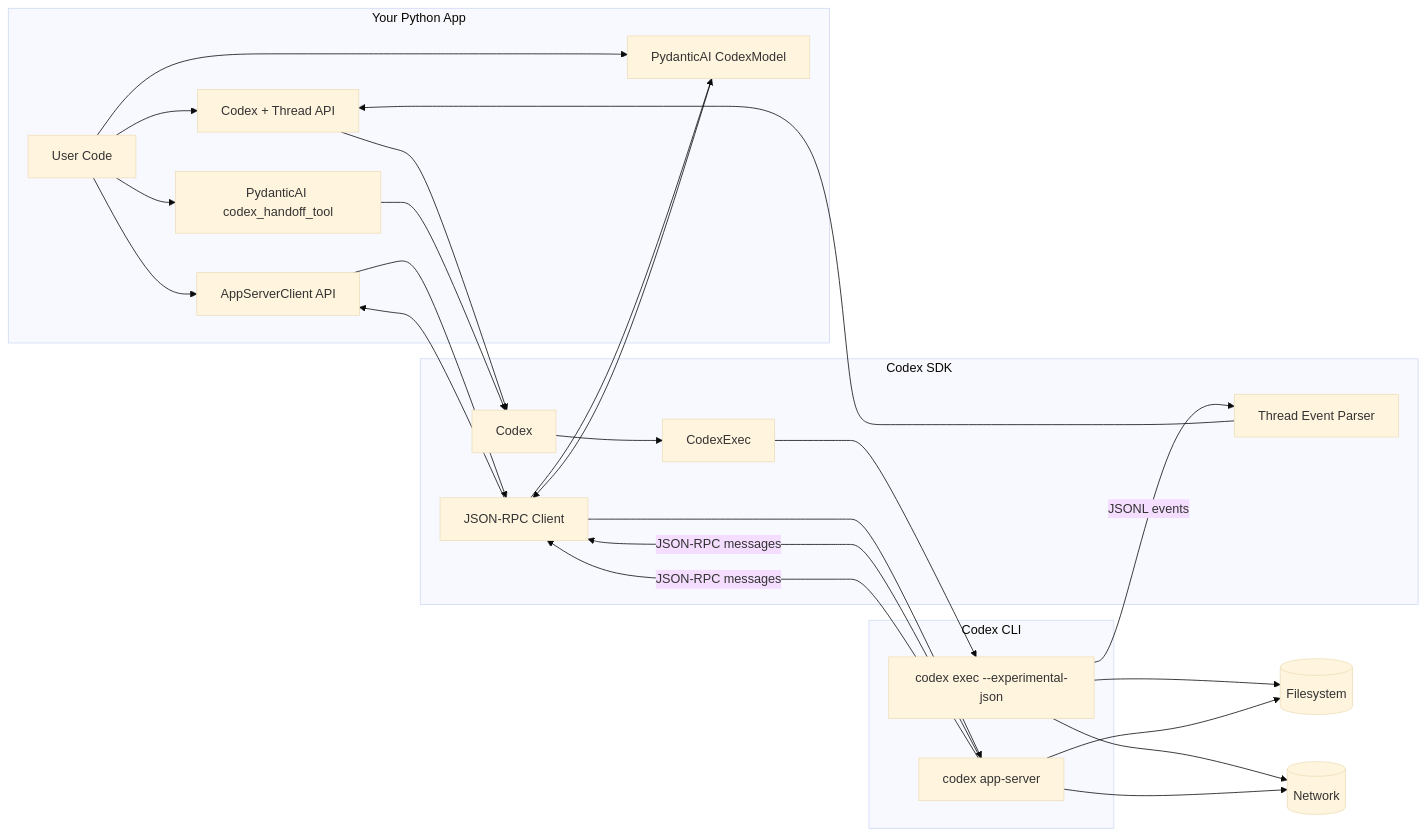
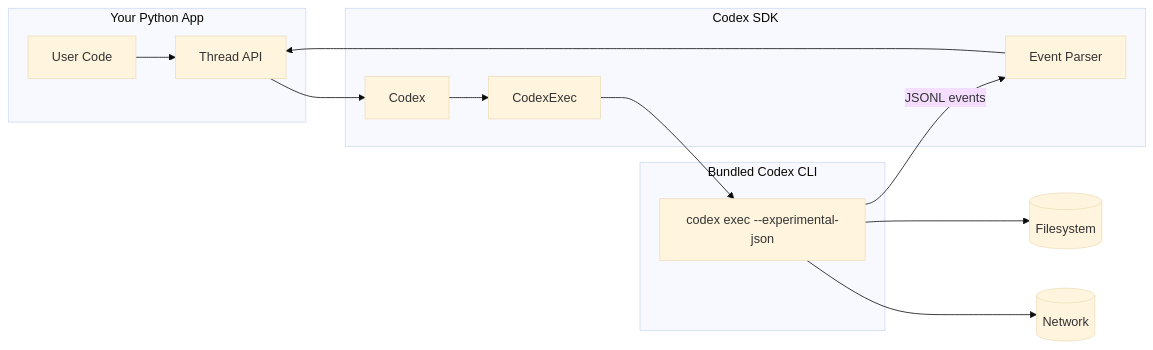
Before and after one commit to vectorfy-co/codex-sdk-python: the first of 4 diagrams in README.md, drawn with Mermaid (base theme). The commit also changed other lines of this file and 7 other files, not shown here.

````diff
--- a/README.md
+++ b/README.md
@@ -754,37 +710,25 @@
 ```mermaid
 flowchart LR
   subgraph App[Your Python App]
     U[User Code]
-    T[Codex + Thread API]
-    A[AppServerClient API]
-    PM[PydanticAI CodexModel]
-    PH[PydanticAI codex_handoff_tool]
+    T[Thread API]
   end
 
   subgraph SDK[Codex SDK]
     C[Codex]
     E[CodexExec]
-    P[Thread Event Parser]
-    R[JSON-RPC Client]
+    P[Event Parser]
   end
 
-  subgraph CLI[Codex CLI]
+  subgraph CLI[Bundled Codex CLI]
     X["codex exec --experimental-json"]
-    S["codex app-server"]
   end
 
   FS[(Filesystem)]
   NET[(Network)]
 
   U --> T --> C --> E --> X
-  U --> A --> R --> S
-  U --> PM --> R
-  U --> PH --> C
   X -->|JSONL events| P --> T
-  S -->|JSON-RPC messages| R --> A
-  S -->|JSON-RPC messages| R --> PM
   X --> FS
   X --> NET
-  S --> FS
-  S --> NET
 ```
````
